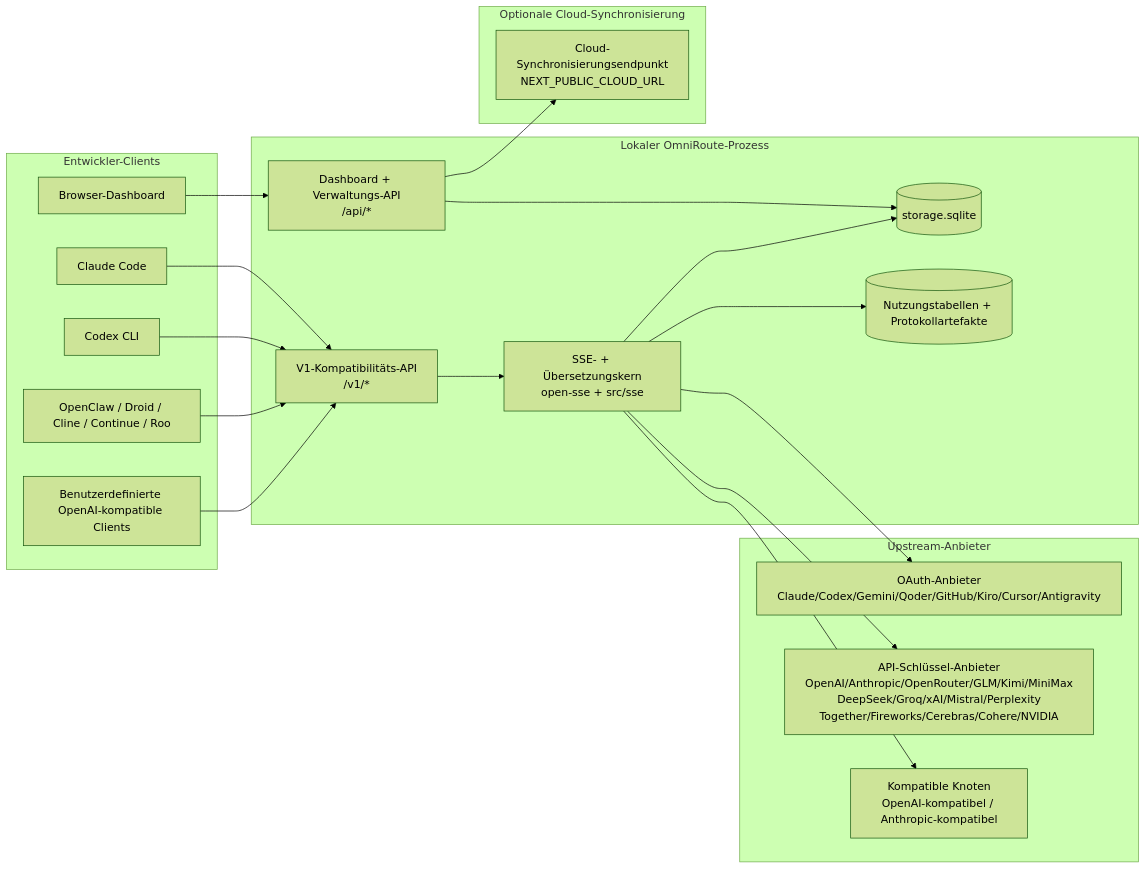
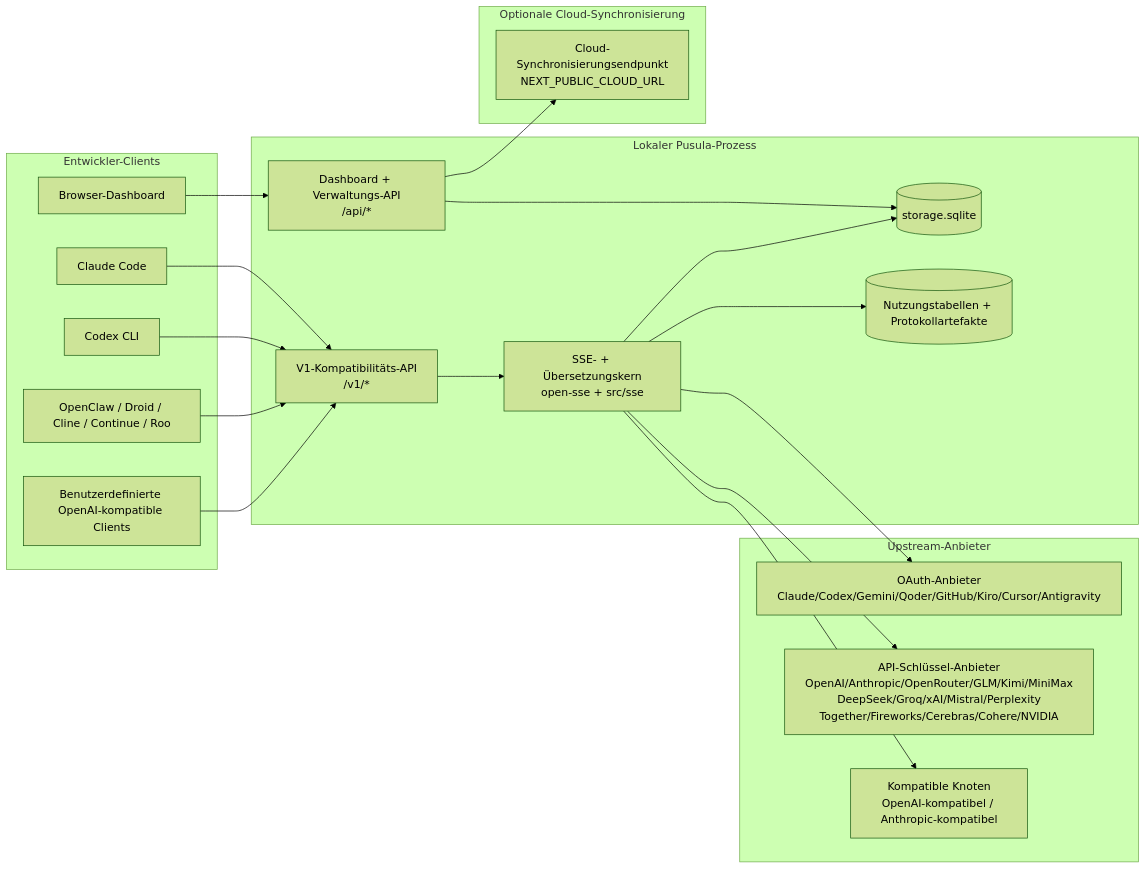
One commit to Ferhat-Yasinoglu/pusula changed the first of 7 diagrams in docs/i18n/de/docs/architecture/ARCHITECTURE.md. Above: the diagram before and after it, drawn with Mermaid (forest theme). The commit also changed other lines of this file and 5718 other files, not shown here.

First line of the commit message:
Rename OmniRoute to Pusula across paths and content

````diff
--- a/docs/i18n/de/docs/architecture/ARCHITECTURE.md
+++ b/docs/i18n/de/docs/architecture/ARCHITECTURE.md
@@ -157,45 +157,45 @@
 ```mermaid
 flowchart LR
     subgraph Clients[Entwickler-Clients]
         C1[Claude Code]
         C2[Codex CLI]
         C3[OpenClaw / Droid / Cline / Continue / Roo]
         C4[Benutzerdefinierte OpenAI-kompatible Clients]
         BROWSER[Browser-Dashboard]
     end
 
-    subgraph Router[Lokaler OmniRoute-Prozess]
+    subgraph Router[Lokaler Pusula-Prozess]
         API[V1-Kompatibilitäts-API\n/v1/*]
         DASH[Dashboard + Verwaltungs-API\n/api/*]
         CORE[SSE- + Übersetzungskern\nopen-sse + src/sse]
         DB[(storage.sqlite)]
         UDB[(Nutzungstabellen + Protokollartefakte)]
     end
 
     subgraph Upstreams[Upstream-Anbieter]
         P1[OAuth-Anbieter\nClaude/Codex/Gemini/Qoder/GitHub/Kiro/Cursor/Antigravity]
         P2[API-Schlüssel-Anbieter\nOpenAI/Anthropic/OpenRouter/GLM/Kimi/MiniMax\nDeepSeek/Groq/xAI/Mistral/Perplexity\nTogether/Fireworks/Cerebras/Cohere/NVIDIA]
         P3[Kompatible Knoten\nOpenAI-kompatibel / Anthropic-kompatibel]
     end
 
     subgraph Cloud[Optionale Cloud-Synchronisierung]
         CLOUD[Cloud-Synchronisierungsendpunkt\nNEXT_PUBLIC_CLOUD_URL]
     end
 
     C1 --> API
     C2 --> API
     C3 --> API
     C4 --> API
     BROWSER --> DASH
 
     API --> CORE
     DASH --> DB
     CORE --> DB
     CORE --> UDB
 
     CORE --> P1
     CORE --> P2
     CORE --> P3
 
     DASH --> CLOUD
 ```
````
